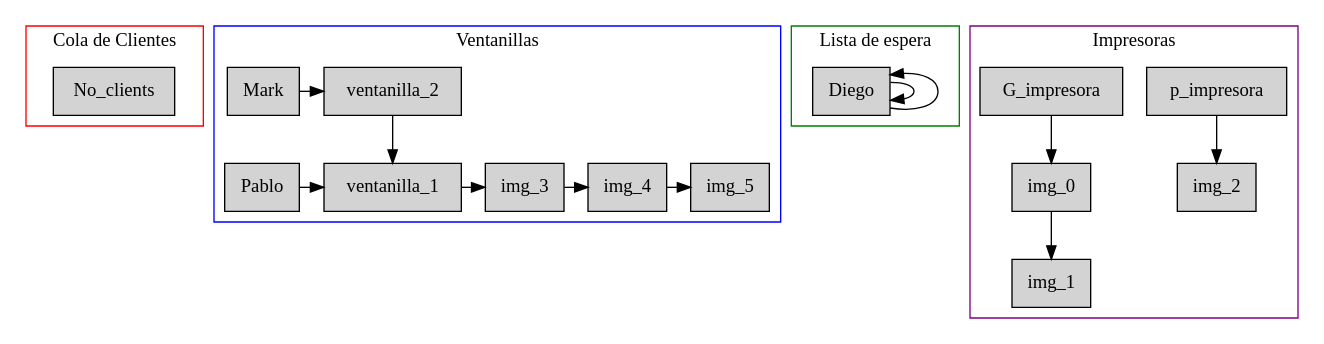
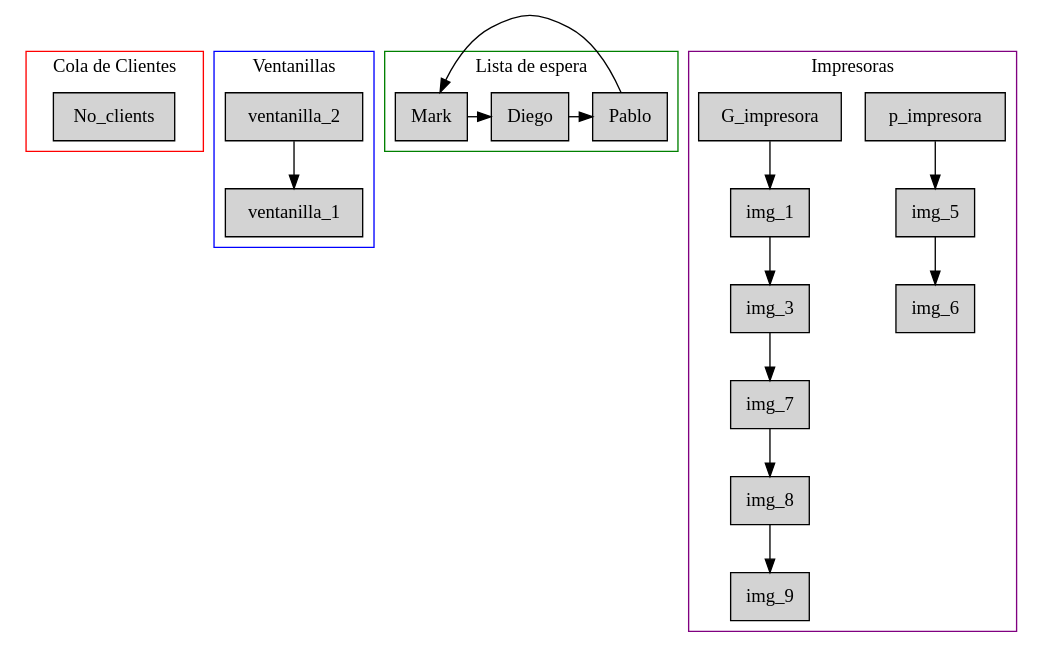
The diagram in graph.dot (DiegoCali/EDD_PROYECTO_202201128), drawn with Graphviz before and after one commit. The commit also changed 3 other files, not shown here.

Commit message:
Tested printer graphs, and rearranged waiting list graph. So far so good

```diff
--- a/graph.dot
+++ b/graph.dot
@@ -1,50 +1,46 @@
  digraph G{
  subgraph cluster_0{
  node [style=filled, shape=box];
  No_clients;
  label="Cola de Clientes";
  color=red;
  }
  subgraph cluster_1{
  node [style=filled, shape=box];
- client_2    [label="Mark"];
- rank=same{
- client_2     -> ventanilla_2    
- };
  ventanilla_2     -> ventanilla_1    ;
- client_1    [label="Pablo"];
- rank=same{
- client_1     -> ventanilla_1    
-->  img_3    
- ->  img_4    
- ->  img_5    
- };
  label="Ventanillas";
  color=blue;
  }
  subgraph cluster_2{
  node [style=filled, shape=box];
  rank=same{
  client_0    [label="Diego"];
- client_0     -> client_0    ;
- client_0     -> client_0    [dir=back];
+ client_0     -> client_1    ;
+ client_1    [label="Pablo"];
+ client_1     -> client_2    ;
+ client_2    [label="Mark"];
+ client_2     -> client_0    ;
  };
  label="Lista de espera";
  color=green;
  }
  subgraph cluster_3{
  node [style=filled, shape=box];
  p_impresora;
- p_impresora -> img_2    ;
+ p_impresora -> img_5    ;
+ img_5     -> img_6    ;
  label="Impresoras";
  color=purple;
  }
  subgraph cluster_3{
  node [style=filled, shape=box];
  G_impresora;
- G_impresora -> img_0    ;
- img_0     -> img_1    ;
+ G_impresora -> img_1    ;
+ img_1     -> img_3    ;
+ img_3     -> img_7    ;
+ img_7     -> img_8    ;
+ img_8     -> img_9    ;
  label="Impresoras";
  color=purple;
  }
  }
```
